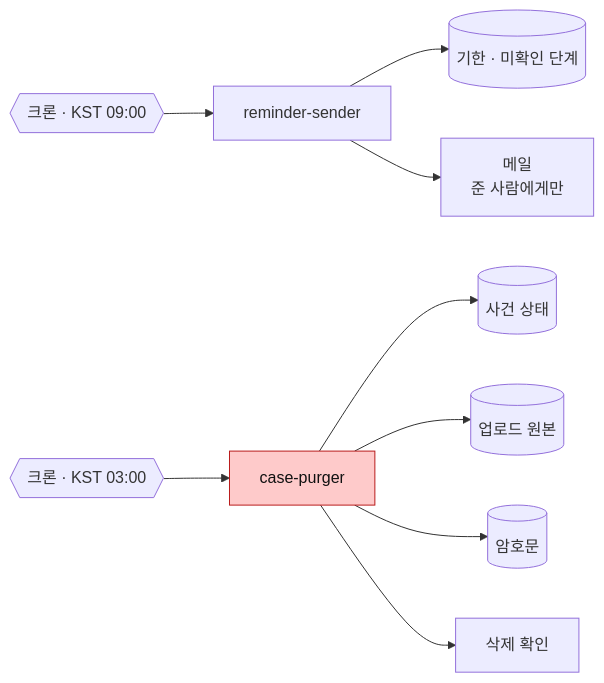
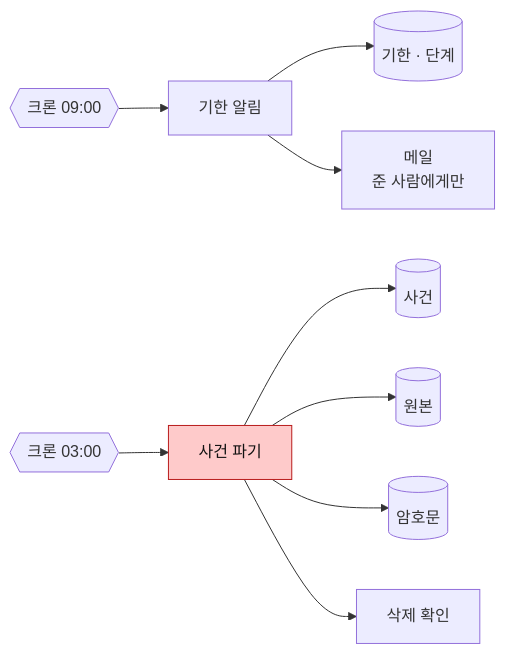
Before and after one commit to Dojaegyum/fsec-ai-challenge: the seventh of 10 diagrams in ARCHITECTURE.md, drawn with Mermaid. The commit also changed other lines of this file, not shown here.

First line of the commit message:
ARCHITECTURE.md 그림에서 코드 이름을 빼고 하는 일을 한글로 적는다 — 상자 한 줄은 한글 10자·영문 10자 안으로, 모듈 이름은 그림 아래 표로, 머리말·「이 문서의 자리」·설명조 문장은 없앤다

````diff
--- a/ARCHITECTURE.md
+++ b/ARCHITECTURE.md
@@ -283,15 +253,15 @@
 ```mermaid
 flowchart LR
-    C1{{"크론 · KST 09:00"}} --> RS["reminder-sender"]
-    C2{{"크론 · KST 03:00"}} --> CP["case-purger"]
+    C1{{"크론 09:00"}} --> RS["기한 알림"]
+    C2{{"크론 03:00"}} --> CP["사건 파기"]
 
-    RS --> DL[("기한 · 미확인 단계")]
+    RS --> DL[("기한 · 단계")]
     RS --> MAIL["메일<br/>준 사람에게만"]
 
-    CP --> PG[("사건 상태")]
-    CP --> BLOB[("업로드 원본")]
+    CP --> PG[("사건")]
+    CP --> BLOB[("원본")]
     CP --> KV[("암호문")]
     CP --> VF["삭제 확인"]
 
     style CP fill:#fecaca,stroke:#b91c1c,color:#111
 ```
````
